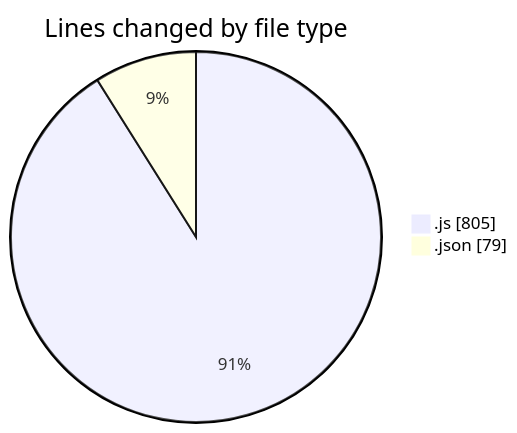
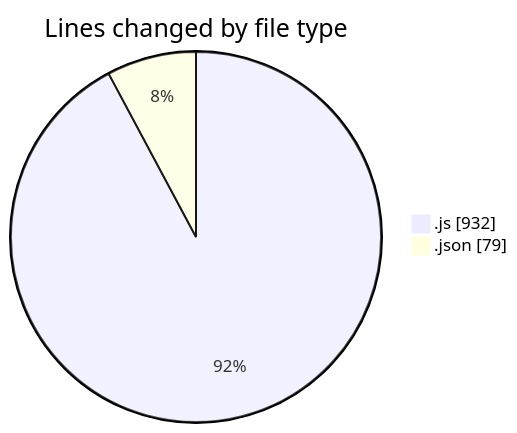
Before and after one commit to momahboobian/code-tracking: the first of 2 diagrams in 2025-01-31/cda/README.md, drawn with Mermaid. The commit also changed other lines of this file and 1 other file, not shown here.

````diff
--- a/2025-01-31/cda/README.md
+++ b/2025-01-31/cda/README.md
@@ -26,6 +26,6 @@
 ```mermaid
 pie showData
 title Lines changed by file type
-".js" : 805
+".js" : 932
 ".json" : 79
 ```
````
